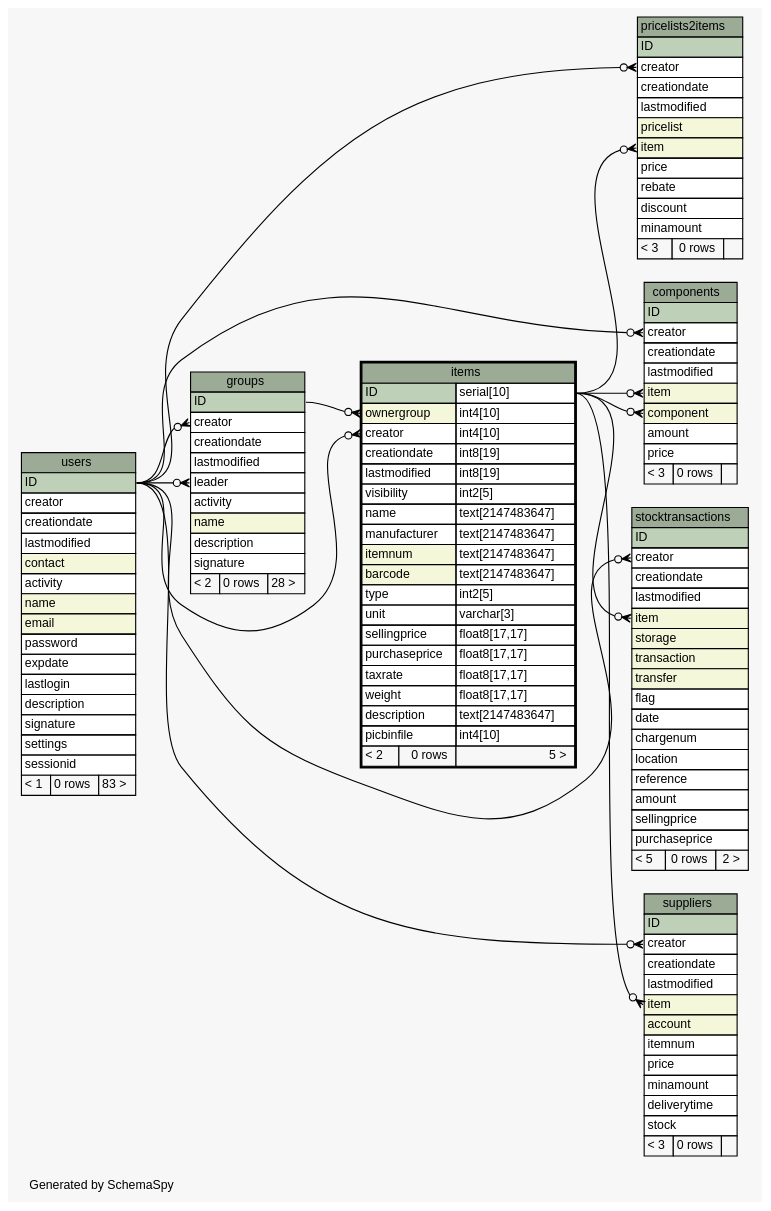
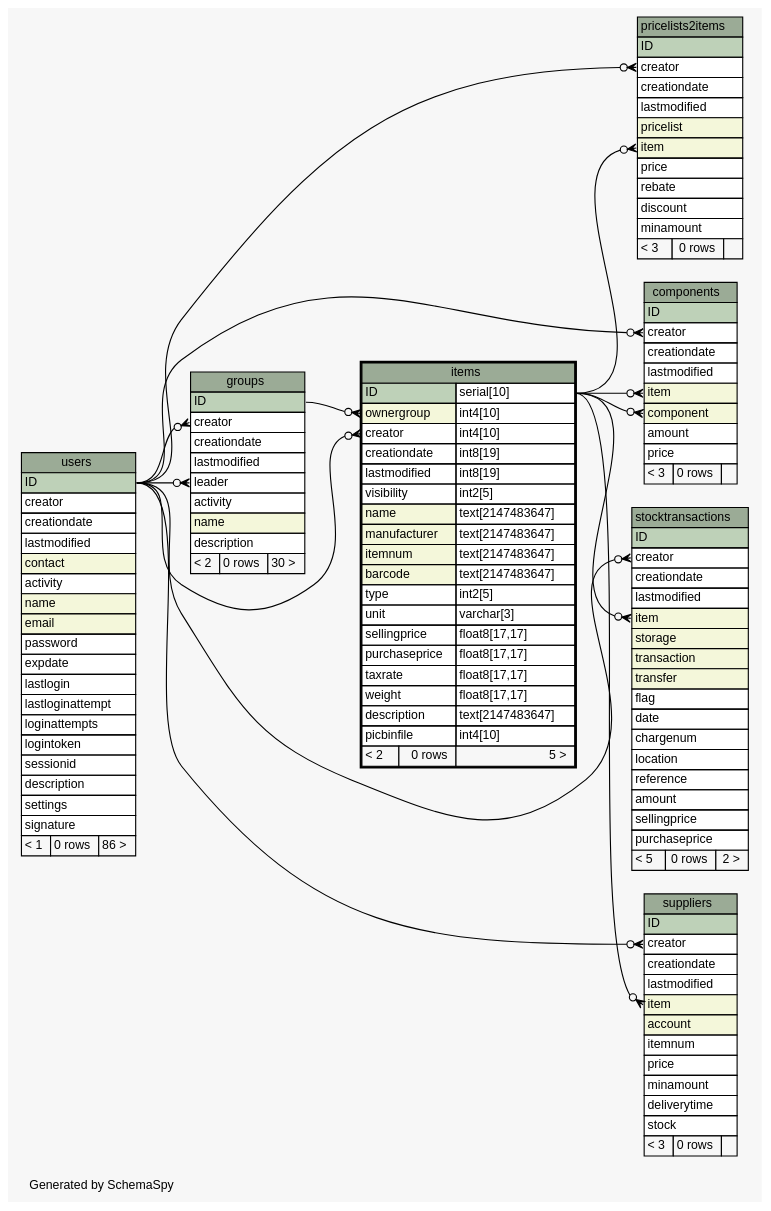
The diagram in diagrams/items.1degree.dot (zeyosinc/zeyos-schema), drawn with Graphviz before and after one commit. The commit also changed 314 other files, not shown here.

```diff
--- a/diagrams/items.1degree.dot
+++ b/diagrams/items.1degree.dot
@@ -1,185 +1,187 @@
-// dot 2.38.0 on Windows 8.1 6.3
+// dot 2.38.0 on Mac OS X 10.11.2
 // SchemaSpy rev 590
 digraph "oneDegreeRelationshipsDiagram" {
   graph [
     rankdir="RL"
     bgcolor="#f7f7f7"
     label="\nGenerated by SchemaSpy"
     labeljust="l"
     nodesep="0.18"
     ranksep="0.46"
     fontname="Helvetica"
     fontsize="11"
   ];
   node [
     fontname="Helvetica"
     fontsize="11"
     shape="plaintext"
   ];
   edge [
     arrowsize="0.8"
   ];
   "components":"component":w -> "items":"ID.type":e [arrowhead=none dir=back arrowtail=crowodot];
   "components":"creator":w -> "users":"ID":e [arrowhead=none dir=back arrowtail=crowodot];
   "components":"item":w -> "items":"ID.type":e [arrowhead=none dir=back arrowtail=crowodot];
   "groups":"creator":w -> "users":"ID":e [arrowhead=none dir=back arrowtail=crowodot];
   "groups":"leader":w -> "users":"ID":e [arrowhead=none dir=back arrowtail=crowodot];
   "items":"creator":w -> "users":"ID":e [arrowhead=none dir=back arrowtail=crowodot];
   "items":"ownergroup":w -> "groups":"ID":e [arrowhead=none dir=back arrowtail=crowodot];
   "pricelists2items":"creator":w -> "users":"ID":e [arrowhead=none dir=back arrowtail=crowodot];
   "pricelists2items":"item":w -> "items":"ID.type":e [arrowhead=none dir=back arrowtail=crowodot];
   "stocktransactions":"creator":w -> "users":"ID":e [arrowhead=none dir=back arrowtail=crowodot];
   "stocktransactions":"item":w -> "items":"ID.type":e [arrowhead=none dir=back arrowtail=crowodot];
   "suppliers":"creator":w -> "users":"ID":e [arrowhead=none dir=back arrowtail=crowodot];
   "suppliers":"item":w -> "items":"ID.type":e [arrowhead=none dir=back arrowtail=crowodot];
   "components" [
     label=<
     <TABLE BORDER="0" CELLBORDER="1" CELLSPACING="0" BGCOLOR="#ffffff">
       <TR><TD COLSPAN="3" BGCOLOR="#9bab96" ALIGN="CENTER">components</TD></TR>
       <TR><TD PORT="ID" COLSPAN="3" BGCOLOR="#bed1b8" ALIGN="LEFT">ID</TD></TR>
       <TR><TD PORT="creator" COLSPAN="3" ALIGN="LEFT">creator</TD></TR>
       <TR><TD PORT="creationdate" COLSPAN="3" ALIGN="LEFT">creationdate</TD></TR>
       <TR><TD PORT="lastmodified" COLSPAN="3" ALIGN="LEFT">lastmodified</TD></TR>
       <TR><TD PORT="item" COLSPAN="3" BGCOLOR="#f4f7da" ALIGN="LEFT">item</TD></TR>
       <TR><TD PORT="component" COLSPAN="3" BGCOLOR="#f4f7da" ALIGN="LEFT">component</TD></TR>
       <TR><TD PORT="amount" COLSPAN="3" ALIGN="LEFT">amount</TD></TR>
       <TR><TD PORT="price" COLSPAN="3" ALIGN="LEFT">price</TD></TR>
       <TR><TD ALIGN="LEFT" BGCOLOR="#f7f7f7">&lt; 3</TD><TD ALIGN="RIGHT" BGCOLOR="#f7f7f7">0 rows</TD><TD ALIGN="RIGHT" BGCOLOR="#f7f7f7">  </TD></TR>
     </TABLE>>
     URL="components.html"
     tooltip="components"
   ];
   "groups" [
     label=<
     <TABLE BORDER="0" CELLBORDER="1" CELLSPACING="0" BGCOLOR="#ffffff">
       <TR><TD COLSPAN="3" BGCOLOR="#9bab96" ALIGN="CENTER">groups</TD></TR>
       <TR><TD PORT="ID" COLSPAN="3" BGCOLOR="#bed1b8" ALIGN="LEFT">ID</TD></TR>
       <TR><TD PORT="creator" COLSPAN="3" ALIGN="LEFT">creator</TD></TR>
       <TR><TD PORT="creationdate" COLSPAN="3" ALIGN="LEFT">creationdate</TD></TR>
       <TR><TD PORT="lastmodified" COLSPAN="3" ALIGN="LEFT">lastmodified</TD></TR>
       <TR><TD PORT="leader" COLSPAN="3" ALIGN="LEFT">leader</TD></TR>
       <TR><TD PORT="activity" COLSPAN="3" ALIGN="LEFT">activity</TD></TR>
       <TR><TD PORT="name" COLSPAN="3" BGCOLOR="#f4f7da" ALIGN="LEFT">name</TD></TR>
       <TR><TD PORT="description" COLSPAN="3" ALIGN="LEFT">description</TD></TR>
-      <TR><TD PORT="signature" COLSPAN="3" ALIGN="LEFT">signature</TD></TR>
-      <TR><TD ALIGN="LEFT" BGCOLOR="#f7f7f7">&lt; 2</TD><TD ALIGN="RIGHT" BGCOLOR="#f7f7f7">0 rows</TD><TD ALIGN="RIGHT" BGCOLOR="#f7f7f7">28 &gt;</TD></TR>
+      <TR><TD ALIGN="LEFT" BGCOLOR="#f7f7f7">&lt; 2</TD><TD ALIGN="RIGHT" BGCOLOR="#f7f7f7">0 rows</TD><TD ALIGN="RIGHT" BGCOLOR="#f7f7f7">30 &gt;</TD></TR>
     </TABLE>>
     URL="groups.html"
     tooltip="groups"
   ];
   "items" [
     label=<
     <TABLE BORDER="2" CELLBORDER="1" CELLSPACING="0" BGCOLOR="#ffffff">
       <TR><TD COLSPAN="3" BGCOLOR="#9bab96" ALIGN="CENTER">items</TD></TR>
       <TR><TD PORT="ID" COLSPAN="2" BGCOLOR="#bed1b8" ALIGN="LEFT">ID</TD><TD PORT="ID.type" ALIGN="LEFT">serial[10]</TD></TR>
       <TR><TD PORT="ownergroup" COLSPAN="2" BGCOLOR="#f4f7da" ALIGN="LEFT">ownergroup</TD><TD PORT="ownergroup.type" ALIGN="LEFT">int4[10]</TD></TR>
       <TR><TD PORT="creator" COLSPAN="2" ALIGN="LEFT">creator</TD><TD PORT="creator.type" ALIGN="LEFT">int4[10]</TD></TR>
       <TR><TD PORT="creationdate" COLSPAN="2" ALIGN="LEFT">creationdate</TD><TD PORT="creationdate.type" ALIGN="LEFT">int8[19]</TD></TR>
       <TR><TD PORT="lastmodified" COLSPAN="2" ALIGN="LEFT">lastmodified</TD><TD PORT="lastmodified.type" ALIGN="LEFT">int8[19]</TD></TR>
       <TR><TD PORT="visibility" COLSPAN="2" ALIGN="LEFT">visibility</TD><TD PORT="visibility.type" ALIGN="LEFT">int2[5]</TD></TR>
-      <TR><TD PORT="name" COLSPAN="2" ALIGN="LEFT">name</TD><TD PORT="name.type" ALIGN="LEFT">text[2147483647]</TD></TR>
-      <TR><TD PORT="manufacturer" COLSPAN="2" ALIGN="LEFT">manufacturer</TD><TD PORT="manufacturer.type" ALIGN="LEFT">text[2147483647]</TD></TR>
+      <TR><TD PORT="name" COLSPAN="2" BGCOLOR="#f4f7da" ALIGN="LEFT">name</TD><TD PORT="name.type" ALIGN="LEFT">text[2147483647]</TD></TR>
+      <TR><TD PORT="manufacturer" COLSPAN="2" BGCOLOR="#f4f7da" ALIGN="LEFT">manufacturer</TD><TD PORT="manufacturer.type" ALIGN="LEFT">text[2147483647]</TD></TR>
       <TR><TD PORT="itemnum" COLSPAN="2" BGCOLOR="#f4f7da" ALIGN="LEFT">itemnum</TD><TD PORT="itemnum.type" ALIGN="LEFT">text[2147483647]</TD></TR>
       <TR><TD PORT="barcode" COLSPAN="2" BGCOLOR="#f4f7da" ALIGN="LEFT">barcode</TD><TD PORT="barcode.type" ALIGN="LEFT">text[2147483647]</TD></TR>
       <TR><TD PORT="type" COLSPAN="2" ALIGN="LEFT">type</TD><TD PORT="type.type" ALIGN="LEFT">int2[5]</TD></TR>
       <TR><TD PORT="unit" COLSPAN="2" ALIGN="LEFT">unit</TD><TD PORT="unit.type" ALIGN="LEFT">varchar[3]</TD></TR>
       <TR><TD PORT="sellingprice" COLSPAN="2" ALIGN="LEFT">sellingprice</TD><TD PORT="sellingprice.type" ALIGN="LEFT">float8[17,17]</TD></TR>
       <TR><TD PORT="purchaseprice" COLSPAN="2" ALIGN="LEFT">purchaseprice</TD><TD PORT="purchaseprice.type" ALIGN="LEFT">float8[17,17]</TD></TR>
       <TR><TD PORT="taxrate" COLSPAN="2" ALIGN="LEFT">taxrate</TD><TD PORT="taxrate.type" ALIGN="LEFT">float8[17,17]</TD></TR>
       <TR><TD PORT="weight" COLSPAN="2" ALIGN="LEFT">weight</TD><TD PORT="weight.type" ALIGN="LEFT">float8[17,17]</TD></TR>
       <TR><TD PORT="description" COLSPAN="2" ALIGN="LEFT">description</TD><TD PORT="description.type" ALIGN="LEFT">text[2147483647]</TD></TR>
       <TR><TD PORT="picbinfile" COLSPAN="2" ALIGN="LEFT">picbinfile</TD><TD PORT="picbinfile.type" ALIGN="LEFT">int4[10]</TD></TR>
       <TR><TD ALIGN="LEFT" BGCOLOR="#f7f7f7">&lt; 2</TD><TD ALIGN="RIGHT" BGCOLOR="#f7f7f7">0 rows</TD><TD ALIGN="RIGHT" BGCOLOR="#f7f7f7">5 &gt;</TD></TR>
     </TABLE>>
     URL="items.html"
     tooltip="items"
   ];
   "pricelists2items" [
     label=<
     <TABLE BORDER="0" CELLBORDER="1" CELLSPACING="0" BGCOLOR="#ffffff">
       <TR><TD COLSPAN="3" BGCOLOR="#9bab96" ALIGN="CENTER">pricelists2items</TD></TR>
       <TR><TD PORT="ID" COLSPAN="3" BGCOLOR="#bed1b8" ALIGN="LEFT">ID</TD></TR>
       <TR><TD PORT="creator" COLSPAN="3" ALIGN="LEFT">creator</TD></TR>
       <TR><TD PORT="creationdate" COLSPAN="3" ALIGN="LEFT">creationdate</TD></TR>
       <TR><TD PORT="lastmodified" COLSPAN="3" ALIGN="LEFT">lastmodified</TD></TR>
       <TR><TD PORT="pricelist" COLSPAN="3" BGCOLOR="#f4f7da" ALIGN="LEFT">pricelist</TD></TR>
       <TR><TD PORT="item" COLSPAN="3" BGCOLOR="#f4f7da" ALIGN="LEFT">item</TD></TR>
       <TR><TD PORT="price" COLSPAN="3" ALIGN="LEFT">price</TD></TR>
       <TR><TD PORT="rebate" COLSPAN="3" ALIGN="LEFT">rebate</TD></TR>
       <TR><TD PORT="discount" COLSPAN="3" ALIGN="LEFT">discount</TD></TR>
       <TR><TD PORT="minamount" COLSPAN="3" ALIGN="LEFT">minamount</TD></TR>
       <TR><TD ALIGN="LEFT" BGCOLOR="#f7f7f7">&lt; 3</TD><TD ALIGN="RIGHT" BGCOLOR="#f7f7f7">0 rows</TD><TD ALIGN="RIGHT" BGCOLOR="#f7f7f7">  </TD></TR>
     </TABLE>>
     URL="pricelists2items.html"
     tooltip="pricelists2items"
   ];
   "stocktransactions" [
     label=<
     <TABLE BORDER="0" CELLBORDER="1" CELLSPACING="0" BGCOLOR="#ffffff">
       <TR><TD COLSPAN="3" BGCOLOR="#9bab96" ALIGN="CENTER">stocktransactions</TD></TR>
       <TR><TD PORT="ID" COLSPAN="3" BGCOLOR="#bed1b8" ALIGN="LEFT">ID</TD></TR>
       <TR><TD PORT="creator" COLSPAN="3" ALIGN="LEFT">creator</TD></TR>
       <TR><TD PORT="creationdate" COLSPAN="3" ALIGN="LEFT">creationdate</TD></TR>
       <TR><TD PORT="lastmodified" COLSPAN="3" ALIGN="LEFT">lastmodified</TD></TR>
       <TR><TD PORT="item" COLSPAN="3" BGCOLOR="#f4f7da" ALIGN="LEFT">item</TD></TR>
       <TR><TD PORT="storage" COLSPAN="3" BGCOLOR="#f4f7da" ALIGN="LEFT">storage</TD></TR>
       <TR><TD PORT="transaction" COLSPAN="3" BGCOLOR="#f4f7da" ALIGN="LEFT">transaction</TD></TR>
       <TR><TD PORT="transfer" COLSPAN="3" BGCOLOR="#f4f7da" ALIGN="LEFT">transfer</TD></TR>
       <TR><TD PORT="flag" COLSPAN="3" ALIGN="LEFT">flag</TD></TR>
       <TR><TD PORT="date" COLSPAN="3" ALIGN="LEFT">date</TD></TR>
       <TR><TD PORT="chargenum" COLSPAN="3" ALIGN="LEFT">chargenum</TD></TR>
       <TR><TD PORT="location" COLSPAN="3" ALIGN="LEFT">location</TD></TR>
       <TR><TD PORT="reference" COLSPAN="3" ALIGN="LEFT">reference</TD></TR>
       <TR><TD PORT="amount" COLSPAN="3" ALIGN="LEFT">amount</TD></TR>
       <TR><TD PORT="sellingprice" COLSPAN="3" ALIGN="LEFT">sellingprice</TD></TR>
       <TR><TD PORT="purchaseprice" COLSPAN="3" ALIGN="LEFT">purchaseprice</TD></TR>
       <TR><TD ALIGN="LEFT" BGCOLOR="#f7f7f7">&lt; 5</TD><TD ALIGN="RIGHT" BGCOLOR="#f7f7f7">0 rows</TD><TD ALIGN="RIGHT" BGCOLOR="#f7f7f7">2 &gt;</TD></TR>
     </TABLE>>
     URL="stocktransactions.html"
     tooltip="stocktransactions"
   ];
   "suppliers" [
     label=<
     <TABLE BORDER="0" CELLBORDER="1" CELLSPACING="0" BGCOLOR="#ffffff">
       <TR><TD COLSPAN="3" BGCOLOR="#9bab96" ALIGN="CENTER">suppliers</TD></TR>
       <TR><TD PORT="ID" COLSPAN="3" BGCOLOR="#bed1b8" ALIGN="LEFT">ID</TD></TR>
       <TR><TD PORT="creator" COLSPAN="3" ALIGN="LEFT">creator</TD></TR>
       <TR><TD PORT="creationdate" COLSPAN="3" ALIGN="LEFT">creationdate</TD></TR>
       <TR><TD PORT="lastmodified" COLSPAN="3" ALIGN="LEFT">lastmodified</TD></TR>
       <TR><TD PORT="item" COLSPAN="3" BGCOLOR="#f4f7da" ALIGN="LEFT">item</TD></TR>
       <TR><TD PORT="account" COLSPAN="3" BGCOLOR="#f4f7da" ALIGN="LEFT">account</TD></TR>
       <TR><TD PORT="itemnum" COLSPAN="3" ALIGN="LEFT">itemnum</TD></TR>
       <TR><TD PORT="price" COLSPAN="3" ALIGN="LEFT">price</TD></TR>
       <TR><TD PORT="minamount" COLSPAN="3" ALIGN="LEFT">minamount</TD></TR>
       <TR><TD PORT="deliverytime" COLSPAN="3" ALIGN="LEFT">deliverytime</TD></TR>
       <TR><TD PORT="stock" COLSPAN="3" ALIGN="LEFT">stock</TD></TR>
       <TR><TD ALIGN="LEFT" BGCOLOR="#f7f7f7">&lt; 3</TD><TD ALIGN="RIGHT" BGCOLOR="#f7f7f7">0 rows</TD><TD ALIGN="RIGHT" BGCOLOR="#f7f7f7">  </TD></TR>
     </TABLE>>
     URL="suppliers.html"
     tooltip="suppliers"
   ];
   "users" [
     label=<
     <TABLE BORDER="0" CELLBORDER="1" CELLSPACING="0" BGCOLOR="#ffffff">
       <TR><TD COLSPAN="3" BGCOLOR="#9bab96" ALIGN="CENTER">users</TD></TR>
       <TR><TD PORT="ID" COLSPAN="3" BGCOLOR="#bed1b8" ALIGN="LEFT">ID</TD></TR>
       <TR><TD PORT="creator" COLSPAN="3" ALIGN="LEFT">creator</TD></TR>
       <TR><TD PORT="creationdate" COLSPAN="3" ALIGN="LEFT">creationdate</TD></TR>
       <TR><TD PORT="lastmodified" COLSPAN="3" ALIGN="LEFT">lastmodified</TD></TR>
       <TR><TD PORT="contact" COLSPAN="3" BGCOLOR="#f4f7da" ALIGN="LEFT">contact</TD></TR>
       <TR><TD PORT="activity" COLSPAN="3" ALIGN="LEFT">activity</TD></TR>
       <TR><TD PORT="name" COLSPAN="3" BGCOLOR="#f4f7da" ALIGN="LEFT">name</TD></TR>
       <TR><TD PORT="email" COLSPAN="3" BGCOLOR="#f4f7da" ALIGN="LEFT">email</TD></TR>
       <TR><TD PORT="password" COLSPAN="3" ALIGN="LEFT">password</TD></TR>
       <TR><TD PORT="expdate" COLSPAN="3" ALIGN="LEFT">expdate</TD></TR>
       <TR><TD PORT="lastlogin" COLSPAN="3" ALIGN="LEFT">lastlogin</TD></TR>
+      <TR><TD PORT="lastloginattempt" COLSPAN="3" ALIGN="LEFT">lastloginattempt</TD></TR>
+      <TR><TD PORT="loginattempts" COLSPAN="3" ALIGN="LEFT">loginattempts</TD></TR>
+      <TR><TD PORT="logintoken" COLSPAN="3" ALIGN="LEFT">logintoken</TD></TR>
+      <TR><TD PORT="sessionid" COLSPAN="3" ALIGN="LEFT">sessionid</TD></TR>
       <TR><TD PORT="description" COLSPAN="3" ALIGN="LEFT">description</TD></TR>
+      <TR><TD PORT="settings" COLSPAN="3" ALIGN="LEFT">settings</TD></TR>
       <TR><TD PORT="signature" COLSPAN="3" ALIGN="LEFT">signature</TD></TR>
-      <TR><TD PORT="settings" COLSPAN="3" ALIGN="LEFT">settings</TD></TR>
-      <TR><TD PORT="sessionid" COLSPAN="3" ALIGN="LEFT">sessionid</TD></TR>
-      <TR><TD ALIGN="LEFT" BGCOLOR="#f7f7f7">&lt; 1</TD><TD ALIGN="RIGHT" BGCOLOR="#f7f7f7">0 rows</TD><TD ALIGN="RIGHT" BGCOLOR="#f7f7f7">83 &gt;</TD></TR>
+      <TR><TD ALIGN="LEFT" BGCOLOR="#f7f7f7">&lt; 1</TD><TD ALIGN="RIGHT" BGCOLOR="#f7f7f7">0 rows</TD><TD ALIGN="RIGHT" BGCOLOR="#f7f7f7">86 &gt;</TD></TR>
     </TABLE>>
     URL="users.html"
     tooltip="users"
   ];
 }
```
